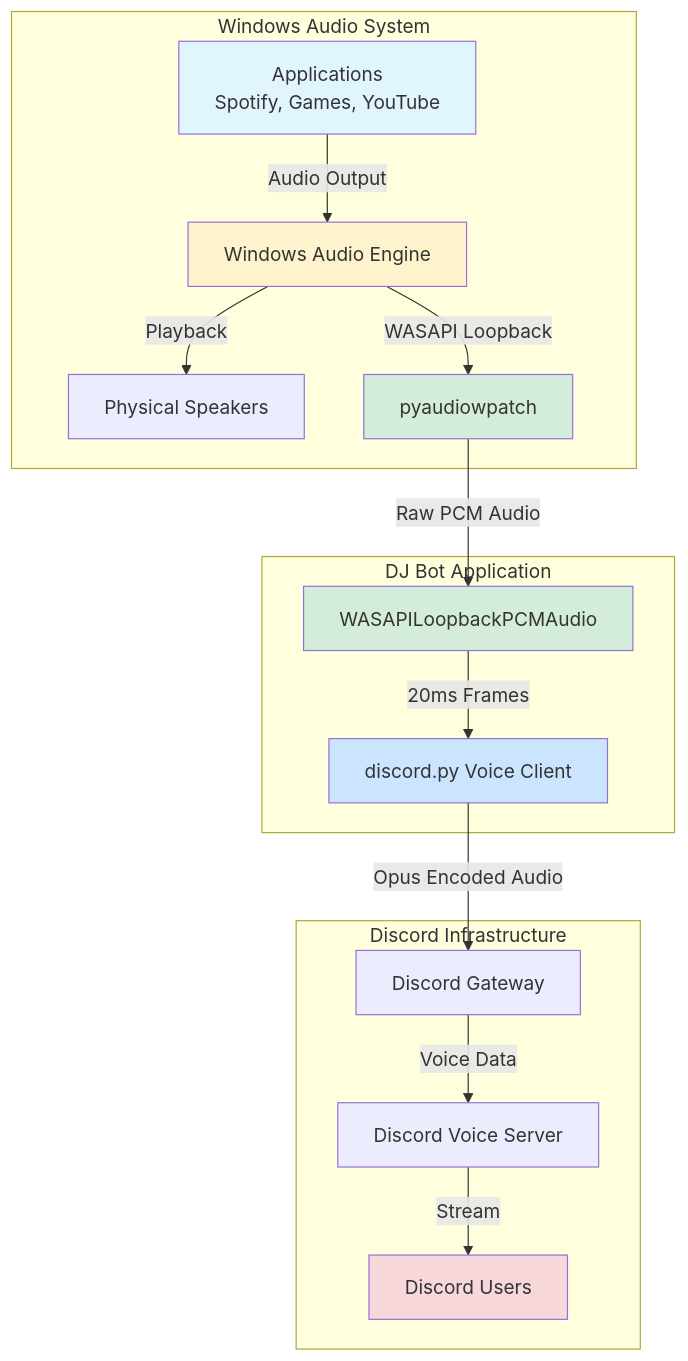
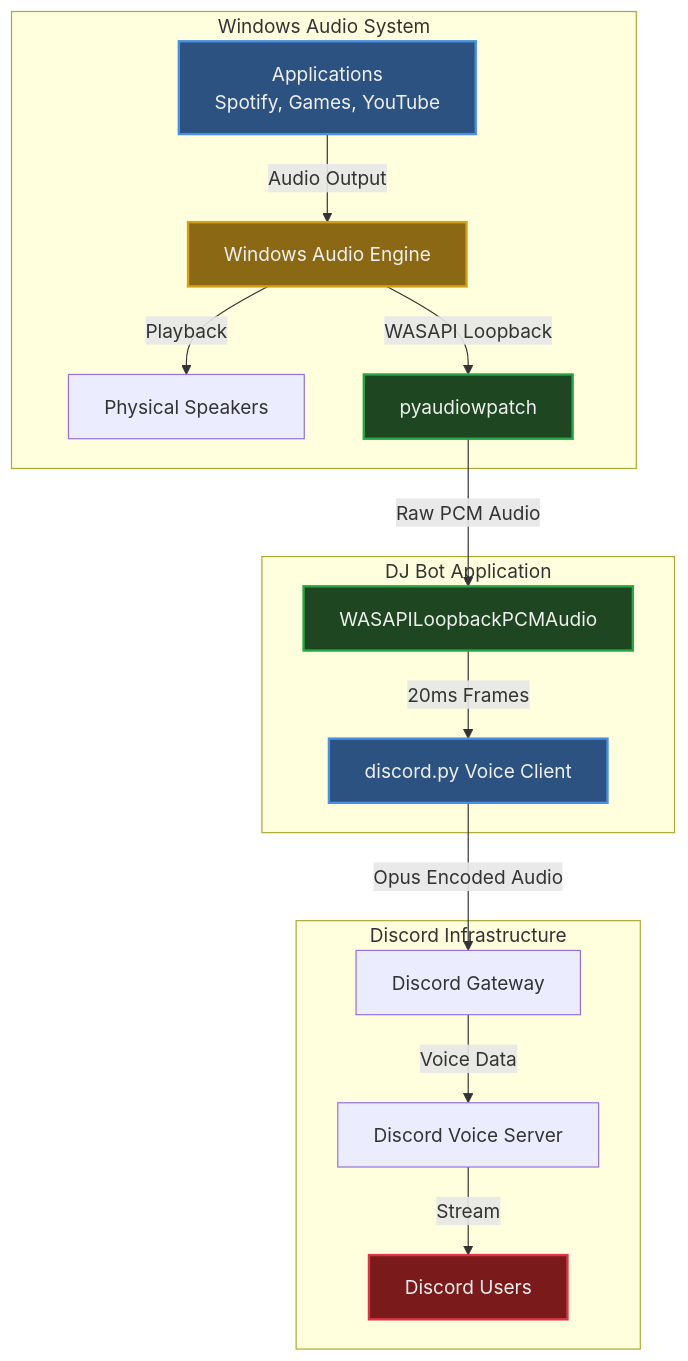
Before and after one commit to Theoya/Amdusias-Discord-DJ-Bot: the first of 2 diagrams in README.md, drawn with Mermaid. The commit also changed 1 other file, not shown here.

Commit message:
Updating mermaid readme

````diff
--- a/README.md
+++ b/README.md
@@ -18,26 +18,26 @@
 ```mermaid
 graph TB
     subgraph "Windows Audio System"
         Apps[Applications<br/>Spotify, Games, YouTube] -->|Audio Output| WinAudio[Windows Audio Engine]
         WinAudio -->|Playback| Speakers[Physical Speakers]
         WinAudio -->|WASAPI Loopback| PyAudio[pyaudiowpatch]
     end
 
     subgraph "DJ Bot Application"
         PyAudio -->|Raw PCM Audio| AudioSource[WASAPILoopbackPCMAudio]
         AudioSource -->|20ms Frames| DiscordPy[discord.py Voice Client]
     end
 
     subgraph "Discord Infrastructure"
         DiscordPy -->|Opus Encoded Audio| Gateway[Discord Gateway]
         Gateway -->|Voice Data| VoiceServer[Discord Voice Server]
         VoiceServer -->|Stream| Users[Discord Users]
     end
 
-    style Apps fill:#e1f5ff
-    style WinAudio fill:#fff3cd
-    style PyAudio fill:#d4edda
-    style AudioSource fill:#d4edda
-    style DiscordPy fill:#cce5ff
-    style Users fill:#f8d7da
+    style Apps fill:#2c5282,stroke:#4a90e2,stroke-width:2px,color:#f0f0f0
+    style WinAudio fill:#8b6914,stroke:#d4a017,stroke-width:2px,color:#f0f0f0
+    style PyAudio fill:#1e4620,stroke:#28a745,stroke-width:2px,color:#f0f0f0
+    style AudioSource fill:#1e4620,stroke:#28a745,stroke-width:2px,color:#f0f0f0
+    style DiscordPy fill:#2c5282,stroke:#4a90e2,stroke-width:2px,color:#f0f0f0
+    style Users fill:#7a1a1a,stroke:#dc3545,stroke-width:2px,color:#f0f0f0
 ```
````
